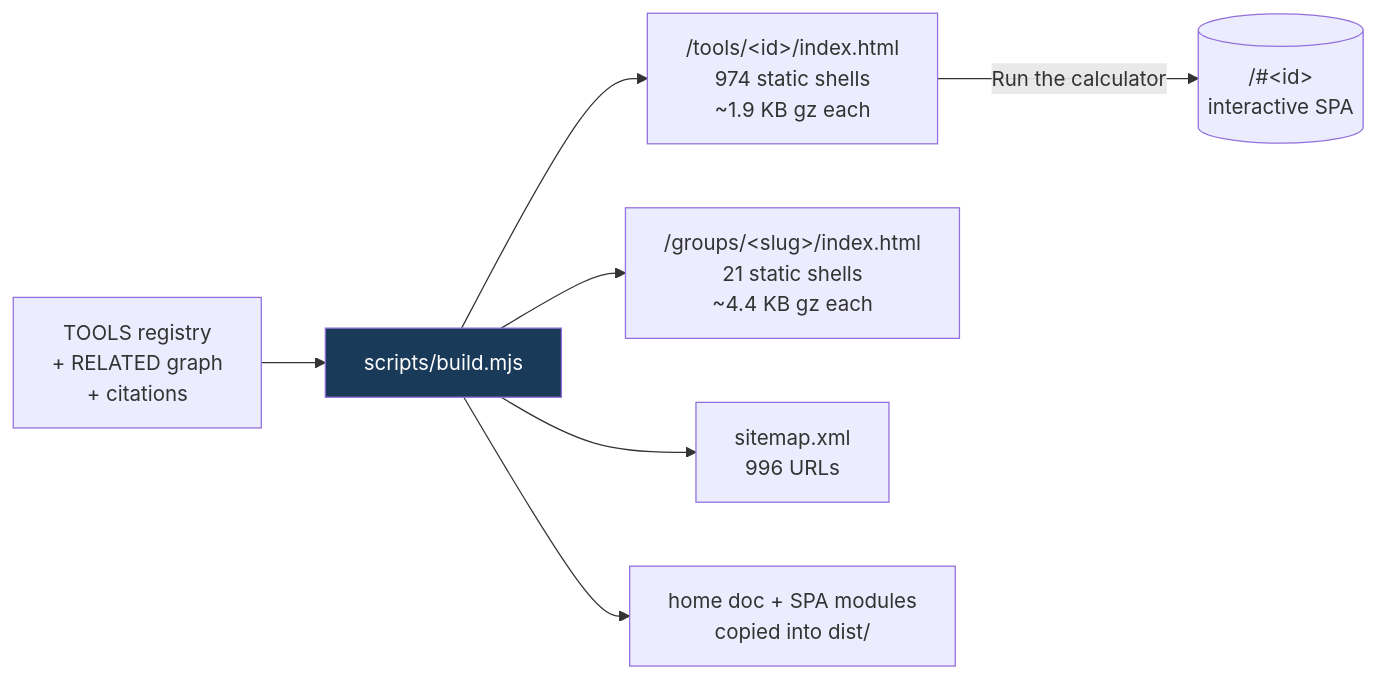
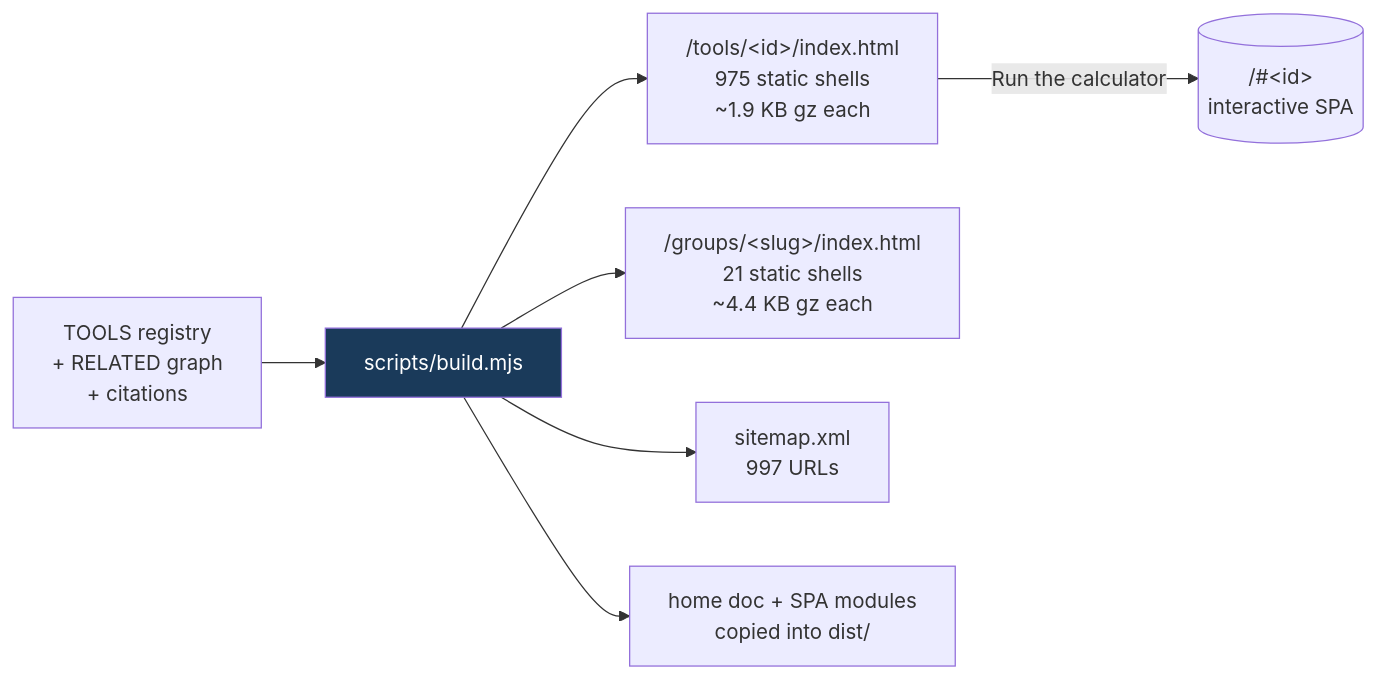
Before and after one commit to clay-good/roughlogic.com: the fifth of 8 diagrams in README.md, drawn with Mermaid. The commit also changed other lines of this file and 13 other files, not shown here.

````diff
--- a/README.md
+++ b/README.md
@@ -495,10 +495,10 @@
 ```mermaid
 flowchart LR
     SRC[TOOLS registry\n+ RELATED graph\n+ citations] --> BUILD[scripts/build.mjs]
-    BUILD --> TILE["/tools/&lt;id&gt;/index.html\n974 static shells\n~1.9 KB gz each"]
+    BUILD --> TILE["/tools/&lt;id&gt;/index.html\n975 static shells\n~1.9 KB gz each"]
     BUILD --> GROUP["/groups/&lt;slug&gt;/index.html\n21 static shells\n~4.4 KB gz each"]
-    BUILD --> MAP["sitemap.xml\n996 URLs"]
+    BUILD --> MAP["sitemap.xml\n997 URLs"]
     BUILD --> COPY[home doc + SPA modules\ncopied into dist/]
     TILE -->|Run the calculator| SPA[("/#&lt;id&gt;\ninteractive SPA")]
     style BUILD fill:#1a3a5a,color:#fff
 ```
````
